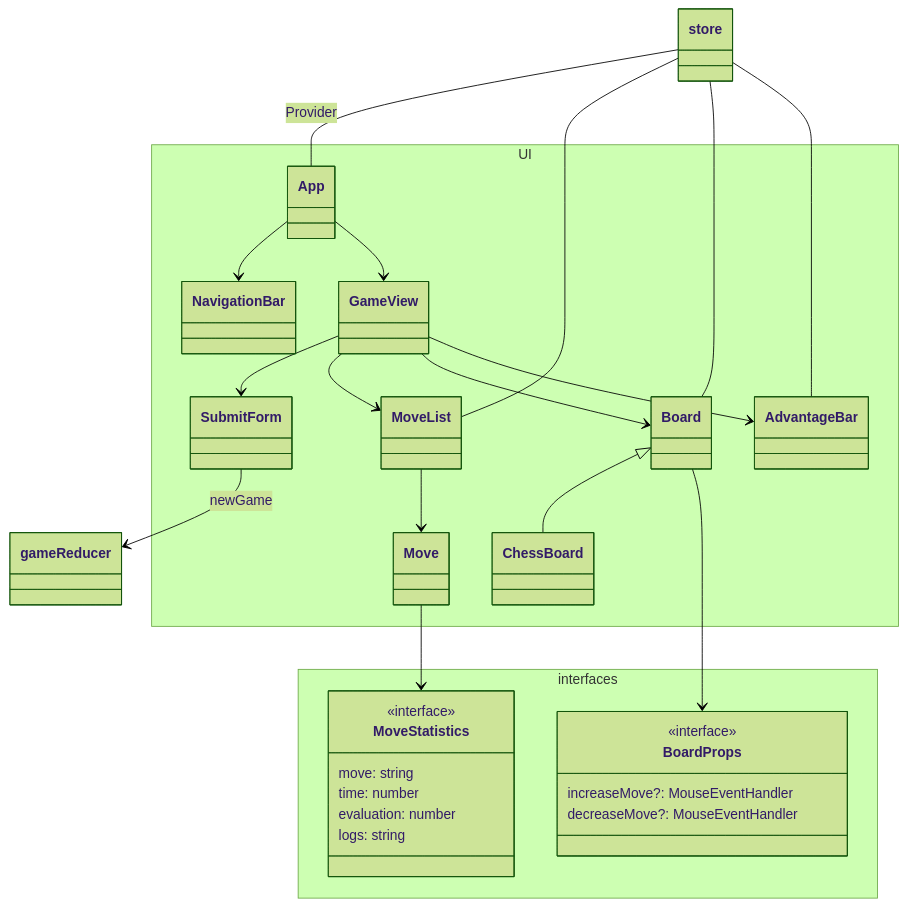
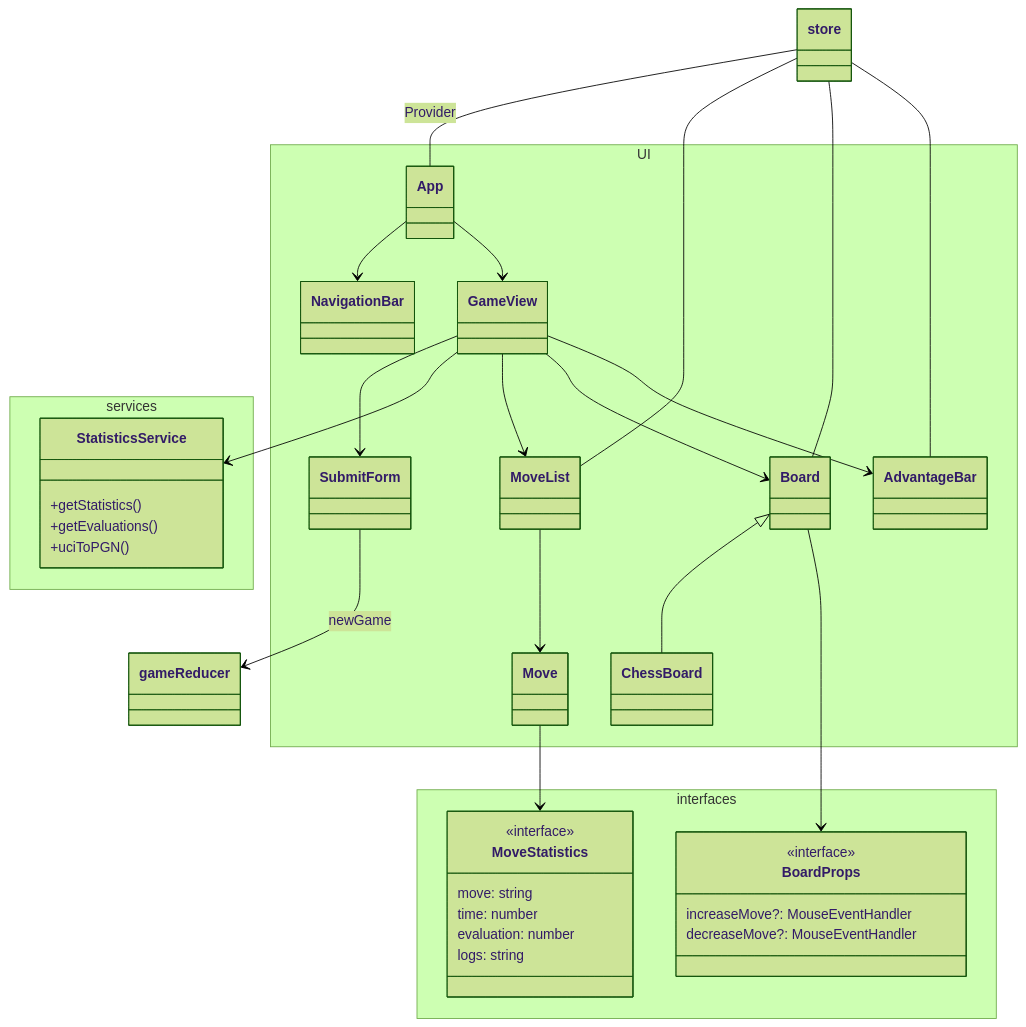
One commit to game-ai-platform-team/tira-ai-platform changed the fourth of 5 diagrams in docs/architecture.md. Above: the diagram before and after it, drawn with Mermaid (forest theme). The commit also changed other lines of this file, not shown here.

Commit message:
docs(#59): add statisticsService to architecture

````diff
--- a/docs/architecture.md
+++ b/docs/architecture.md
@@ -175,52 +175,60 @@
 ```mermaid
 classDiagram
 store -- App: Provider
 
 App --> NavigationBar
 App --> GameView
 
 GameView --> SubmitForm
+GameView --> StatisticsService
 GameView --> MoveList
 GameView --> Board
 GameView --> AdvantageBar
 
 Board <|-- ChessBoard
 Board --> BoardProps
 
 MoveList --> Move
 Move --> MoveStatistics
 
 SubmitForm --> gameReducer: newGame
 Board -- store
 MoveList -- store
 AdvantageBar -- store
 
 namespace interfaces {
     class MoveStatistics {
     <<interface>>
     move: string
     time: number
     evaluation: number
     logs: string
     }
 
     class BoardProps {
         <<interface>>
         increaseMove?: MouseEventHandler
         decreaseMove?: MouseEventHandler
     }
 }
 
+namespace services {
+    class StatisticsService {
+        +getStatistics()
+        +getEvaluations()
+        +uciToPGN()
+    }
+}
 
 namespace UI {
     class App
     class NavigationBar
     class GameView
     class SubmitForm
     class AdvantageBar
     class Board
     class ChessBoard
     class Move
     class MoveList
 }
 ```
````
